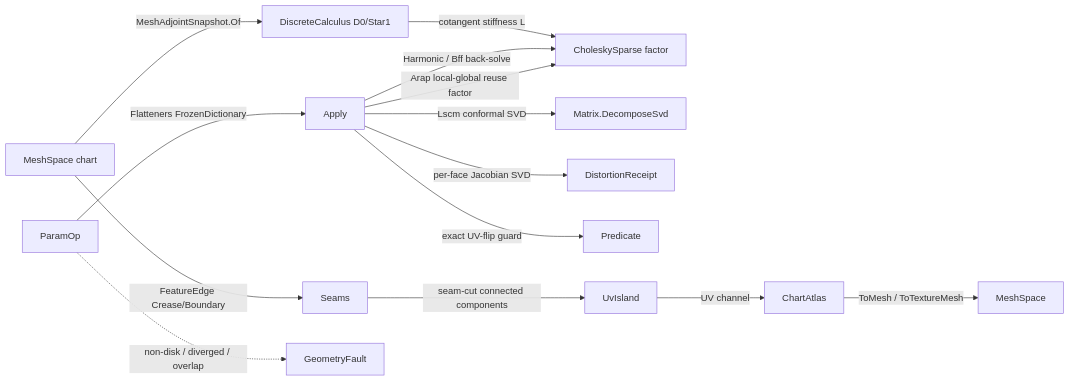
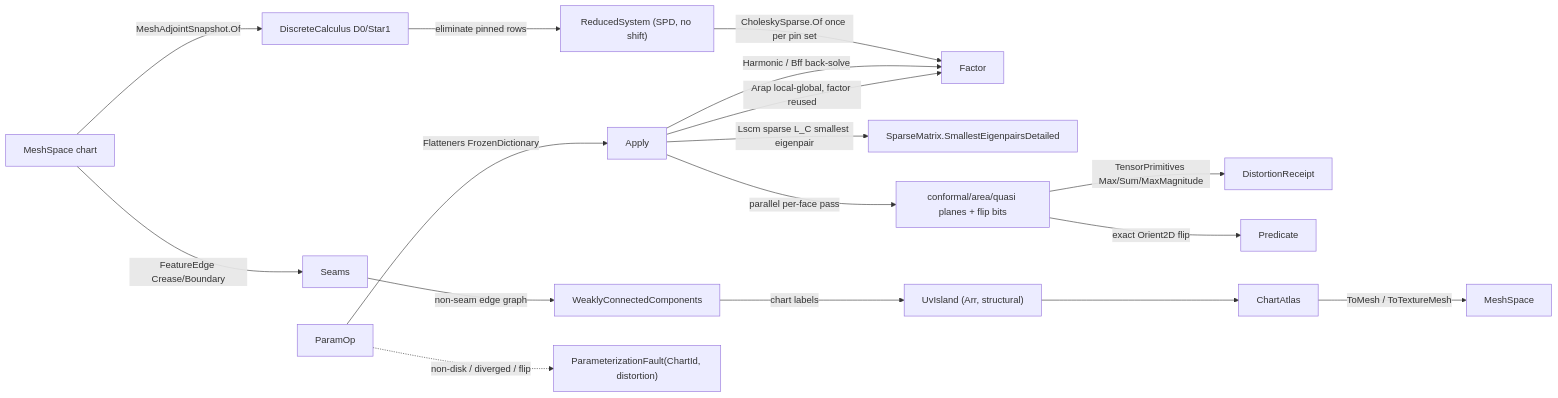
The diagram in libs/csharp/Rasm/.planning/Processing/flatten.md (bsamiee/Rasm), drawn with Mermaid before and after one commit. The commit also changed other lines of this file and 40 other files, not shown here.

````diff
--- a/libs/csharp/Rasm/.planning/Processing/flatten.md
+++ b/libs/csharp/Rasm/.planning/Processing/flatten.md
@@ -564,16 +628,19 @@
 ```mermaid
 flowchart LR
     Chart["MeshSpace chart"] -->|MeshAdjointSnapshot.Of| DEC["DiscreteCalculus D0/Star1"]
-    DEC -->|cotangent stiffness L| Factor["CholeskySparse factor"]
+    DEC -->|eliminate pinned rows| Reduced["ReducedSystem (SPD, no shift)"]
+    Reduced -->|CholeskySparse.Of once per pin set| Factor
     Chart -->|FeatureEdge Crease/Boundary| Seams
     ParamOp -->|Flatteners FrozenDictionary| Apply
     Apply -->|Harmonic / Bff back-solve| Factor
-    Apply -->|Lscm conformal SVD| Svd["Matrix.DecomposeSvd"]
-    Apply -->|Arap local-global reuse factor| Factor
-    Apply -->|per-face Jacobian SVD| Distortion["DistortionReceipt"]
-    Apply -->|exact UV-flip guard| Predicate
-    Seams -->|seam-cut connected components| Islands["UvIsland"]
-    Islands -->|UV channel| ChartAtlas
+    Apply -->|Lscm sparse L_C smallest eigenpair| Lobpcg["SparseMatrix.SmallestEigenpairsDetailed"]
+    Apply -->|Arap local-global, factor reused| Factor
+    Apply -->|parallel per-face pass| Distortion["conformal/area/quasi planes + flip bits"]
+    Distortion -->|TensorPrimitives Max/Sum/MaxMagnitude| Receipt["DistortionReceipt"]
+    Distortion -->|exact Orient2D flip| Predicate
+    Seams -->|non-seam edge graph| QuikGraph["WeaklyConnectedComponents"]
+    QuikGraph -->|chart labels| Islands["UvIsland (Arr, structural)"]
+    Islands --> ChartAtlas
     ChartAtlas -->|ToMesh / ToTextureMesh| MeshSpaceOut["MeshSpace"]
-    ParamOp -.->|non-disk / diverged / overlap| GeometryFault
+    ParamOp -.->|non-disk / diverged / flip| GeometryFault["ParameterizationFault(ChartId, distortion)"]
 ```
````
